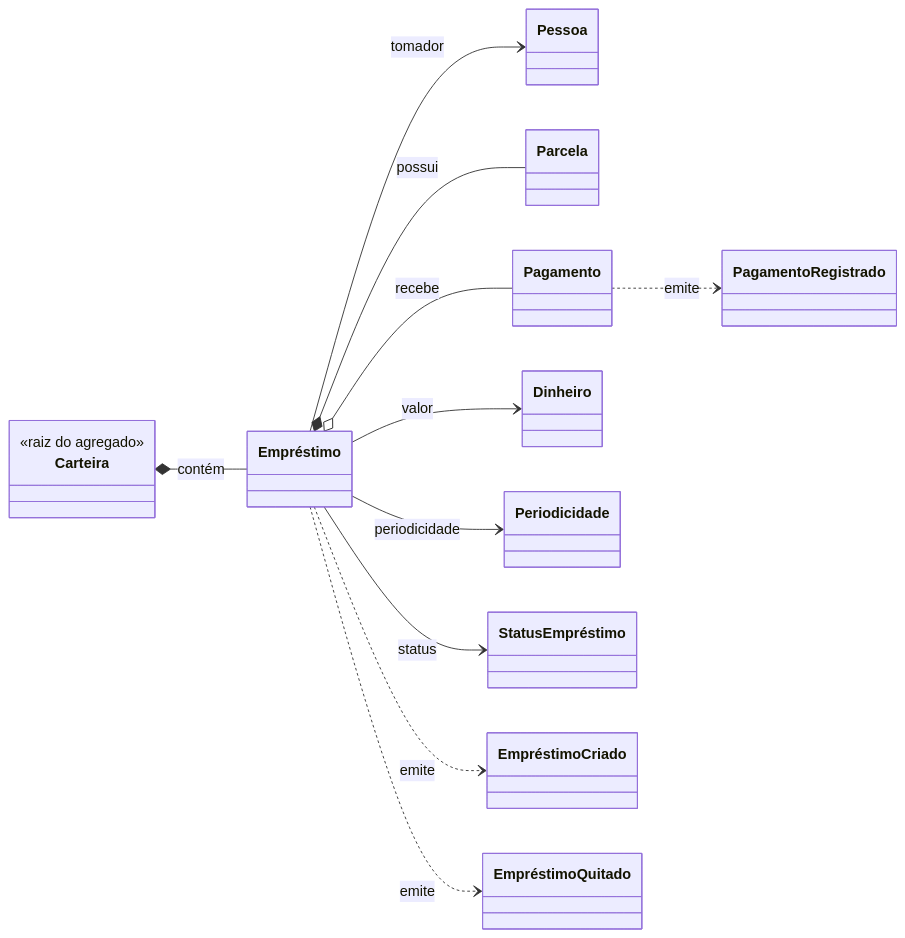
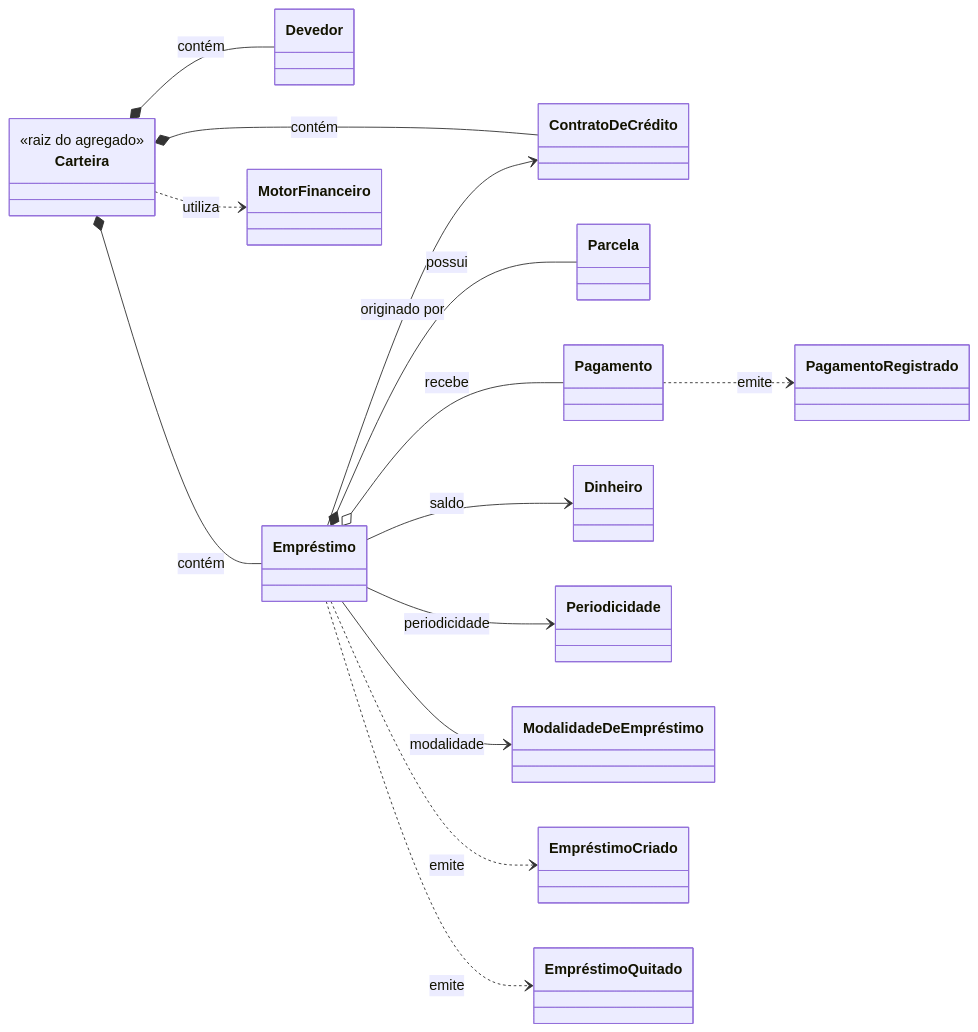
Before and after one commit to quadradois/tianet: the diagram in docs/domain/aggregates/DOMAIN-001-aggregate-carteira.md, drawn with Mermaid. The commit also changed other lines of this file, not shown here.

Commit message:
TASK: Materializar DOMAIN-001 (Aggregate Carteira) — fonte oficial v1.0.0

````diff
--- a/docs/domain/aggregates/DOMAIN-001-aggregate-carteira.md
+++ b/docs/domain/aggregates/DOMAIN-001-aggregate-carteira.md
@@ -89,29 +136,34 @@
 ```mermaid
 classDiagram
     direction LR
 
     class Carteira {
         <<raiz do agregado>>
     }
-    class Pessoa
+    class Devedor
+    class ContratoDeCrédito
     class Empréstimo
     class Parcela
     class Pagamento
     class Dinheiro
     class Periodicidade
-    class StatusEmpréstimo
+    class ModalidadeDeEmpréstimo
+    class MotorFinanceiro
     class EmpréstimoCriado
     class PagamentoRegistrado
     class EmpréstimoQuitado
 
+    Carteira *-- Devedor : contém
+    Carteira *-- ContratoDeCrédito : contém
     Carteira *-- Empréstimo : contém
     Empréstimo *-- Parcela : possui
     Empréstimo o-- Pagamento : recebe
-    Empréstimo --> Pessoa : tomador
-    Empréstimo --> Dinheiro : valor
+    Empréstimo --> ContratoDeCrédito : originado por
+    Empréstimo --> Dinheiro : saldo
     Empréstimo --> Periodicidade : periodicidade
-    Empréstimo --> StatusEmpréstimo : status
+    Empréstimo --> ModalidadeDeEmpréstimo : modalidade
+    Carteira ..> MotorFinanceiro : utiliza
     Empréstimo ..> EmpréstimoCriado : emite
     Pagamento ..> PagamentoRegistrado : emite
     Empréstimo ..> EmpréstimoQuitado : emite
 ```
````
